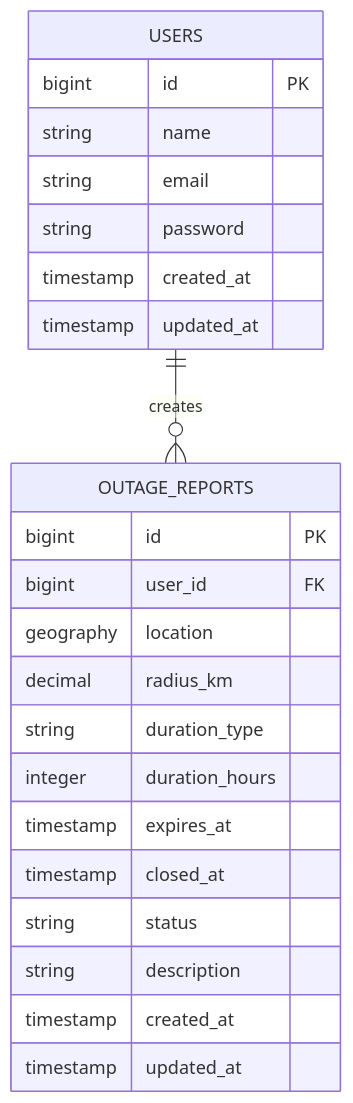
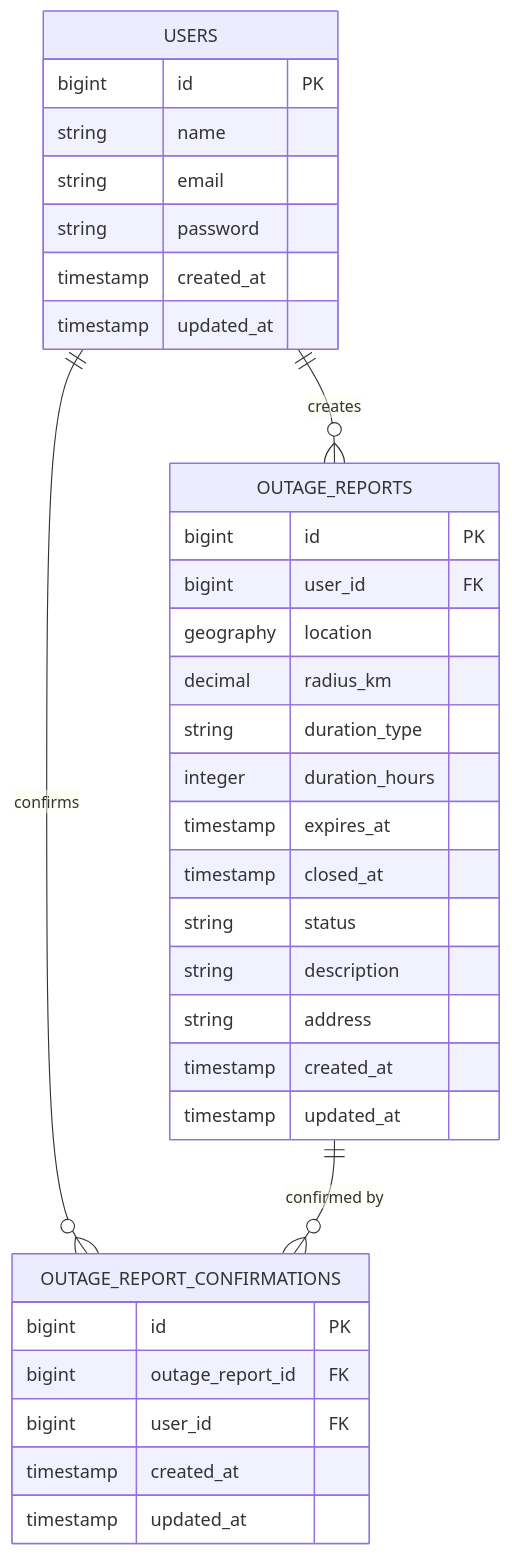
One commit to OdellChacon/Test-Map-Platform changed the second of 2 diagrams in ARCHITECTURE.md. Above: the diagram before and after it, drawn with Mermaid. The commit also changed other lines of this file and 5 other files, not shown here.

````diff
--- a/ARCHITECTURE.md
+++ b/ARCHITECTURE.md
@@ -33,26 +38,36 @@
 ```mermaid
 erDiagram
     USERS {
         bigint id PK
         string name
         string email
         string password
         timestamp created_at
         timestamp updated_at
     }
     OUTAGE_REPORTS {
         bigint id PK
         bigint user_id FK
         geography location
         decimal radius_km
         string duration_type
         integer duration_hours
         timestamp expires_at
         timestamp closed_at
         string status
         string description
+        string address
+        timestamp created_at
+        timestamp updated_at
+    }
+    OUTAGE_REPORT_CONFIRMATIONS {
+        bigint id PK
+        bigint outage_report_id FK
+        bigint user_id FK
         timestamp created_at
         timestamp updated_at
     }
     USERS ||--o{ OUTAGE_REPORTS : creates
+    USERS ||--o{ OUTAGE_REPORT_CONFIRMATIONS : confirms
+    OUTAGE_REPORTS ||--o{ OUTAGE_REPORT_CONFIRMATIONS : "confirmed by"
 ```
````
